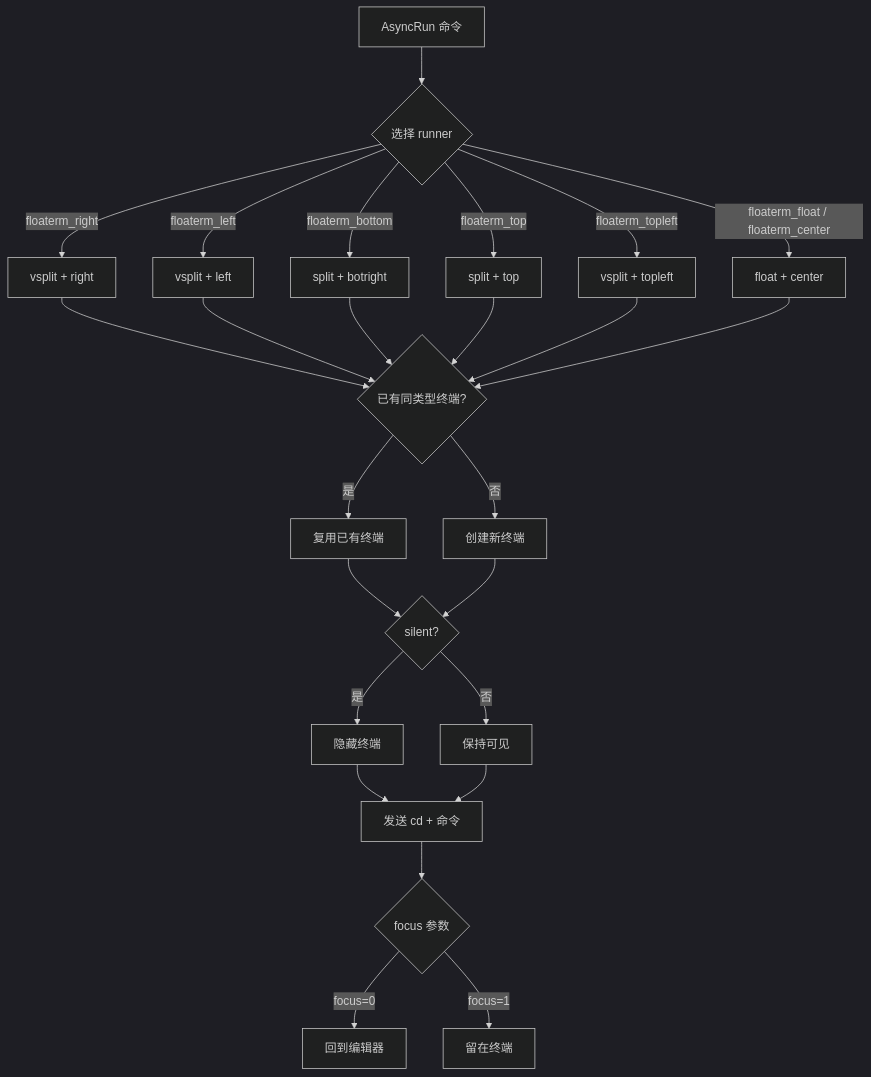
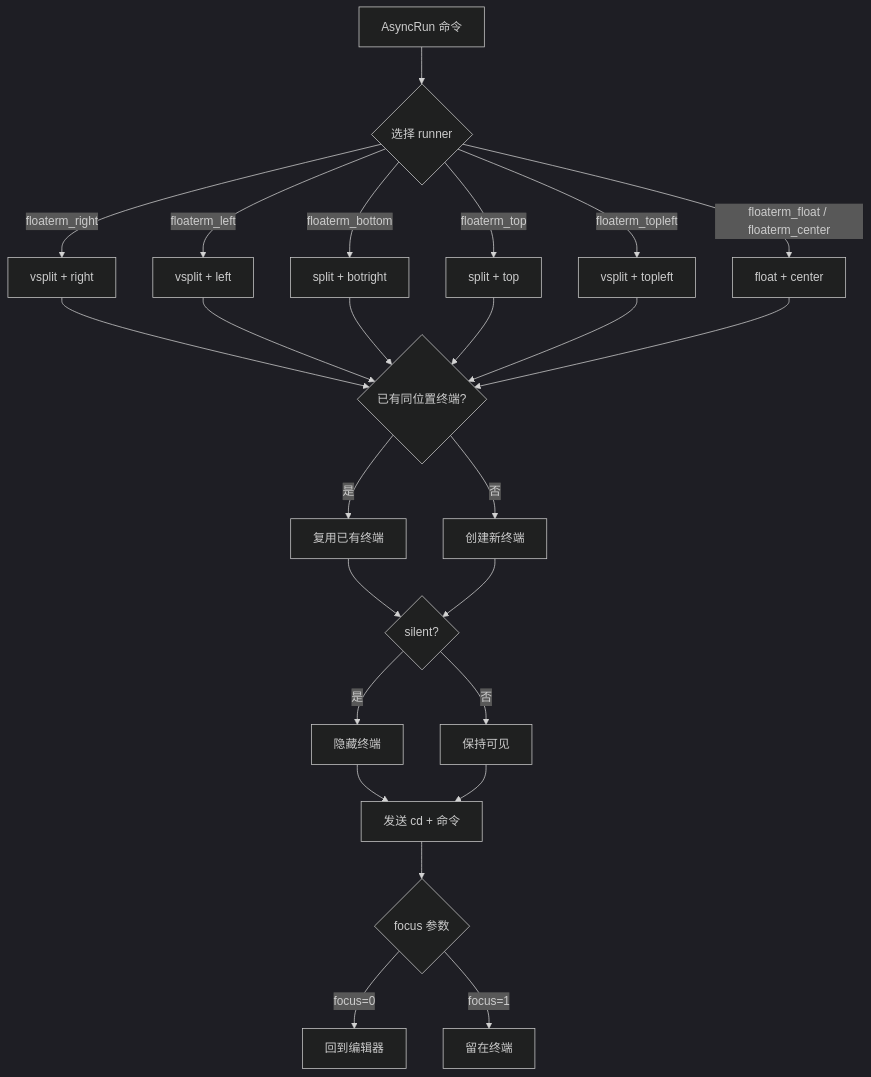
Before and after one commit to leoatchina/vim-floaterm-enhance: the fifth of 5 diagrams in README_cn.md, drawn with Mermaid (dark theme). The commit also changed other lines of this file and 2 other files, not shown here.

````diff
--- a/README_cn.md
+++ b/README_cn.md
@@ -367,27 +367,27 @@
 ```mermaid
 graph TB
     AsyncRun[AsyncRun 命令] --> SelectType{选择 runner}
     SelectType -->|floaterm_right| Right[vsplit + right]
     SelectType -->|floaterm_left| Left[vsplit + left]
     SelectType -->|floaterm_bottom| Bottom[split + botright]
     SelectType -->|floaterm_top| Top[split + top]
     SelectType -->|floaterm_topleft| TopLeft[vsplit + topleft]
     SelectType -->|floaterm_float / floaterm_center| Float[float + center]
-    Right --> FindExist{已有同类型终端?}
+    Right --> FindExist{已有同位置终端?}
     Left --> FindExist
     Bottom --> FindExist
     Top --> FindExist
     TopLeft --> FindExist
     Float --> FindExist
     FindExist -->|是| OpenExist[复用已有终端]
     FindExist -->|否| CreateNew[创建新终端]
     OpenExist --> Silent{silent?}
     CreateNew --> Silent
     Silent -->|是| Hide[隐藏终端]
     Silent -->|否| Visible[保持可见]
     Hide --> SendCmd[发送 cd + 命令]
     Visible --> SendCmd
     SendCmd --> FocusCheck{focus 参数}
     FocusCheck -->|focus=0| BackEditor[回到编辑器]
     FocusCheck -->|focus=1| InTerm[留在终端]
 ```
````
